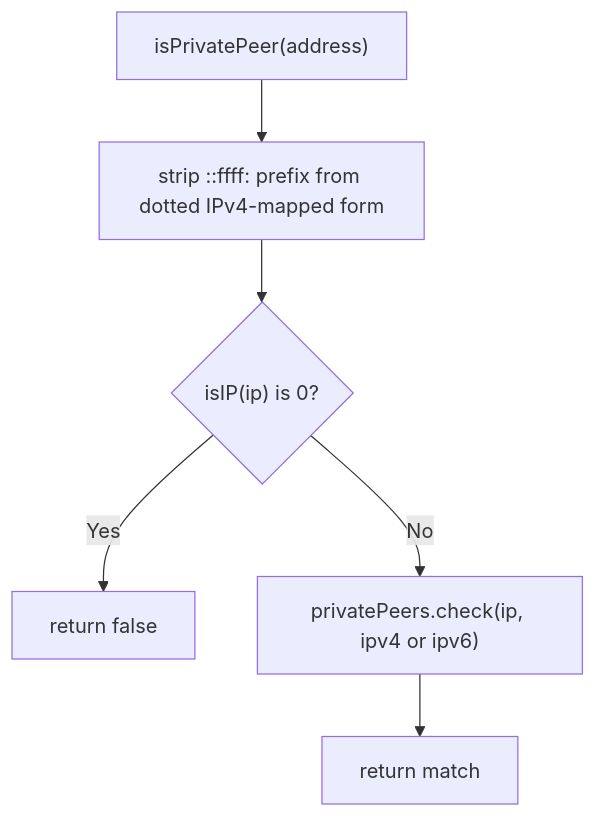
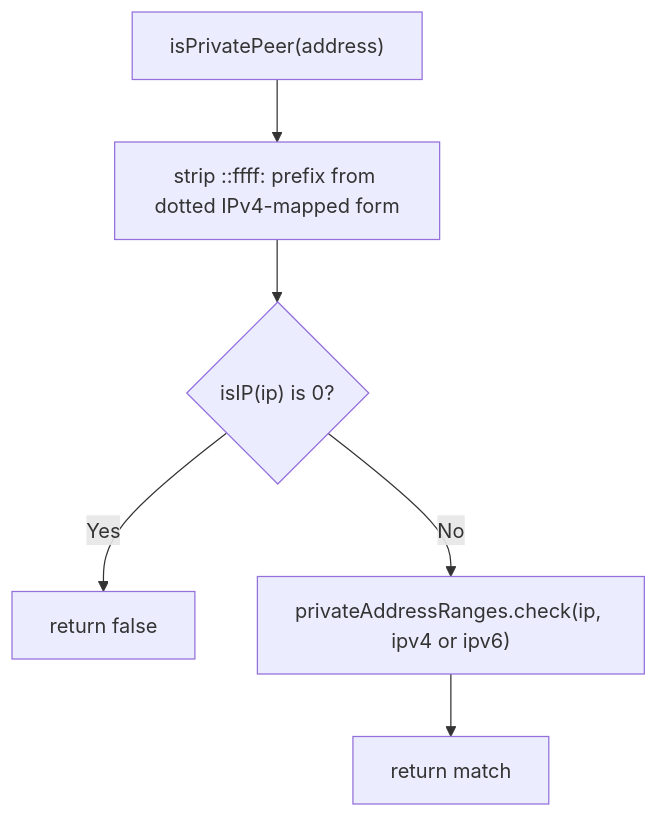
One commit to Kevinjohn/oss-adonisjs-origin-guard changed the second of 2 diagrams in user-stories/US-ORIGIN-04-trust-private-proxy.md. Above: the diagram before and after it, drawn with Mermaid. The commit also changed other lines of this file and 8 other files, not shown here.

````diff
--- a/user-stories/US-ORIGIN-04-trust-private-proxy.md
+++ b/user-stories/US-ORIGIN-04-trust-private-proxy.md
@@ -40,8 +40,8 @@
 ```mermaid
 flowchart TD
     A["isPrivatePeer(address)"] --> B["strip ::ffff: prefix from dotted IPv4-mapped form"]
     B --> C{"isIP(ip) is 0?"}
     C -->|Yes| D["return false"]
-    C -->|No| E["privatePeers.check(ip, ipv4 or ipv6)"]
+    C -->|No| E["privateAddressRanges.check(ip, ipv4 or ipv6)"]
     E --> F["return match"]
 ```
````
